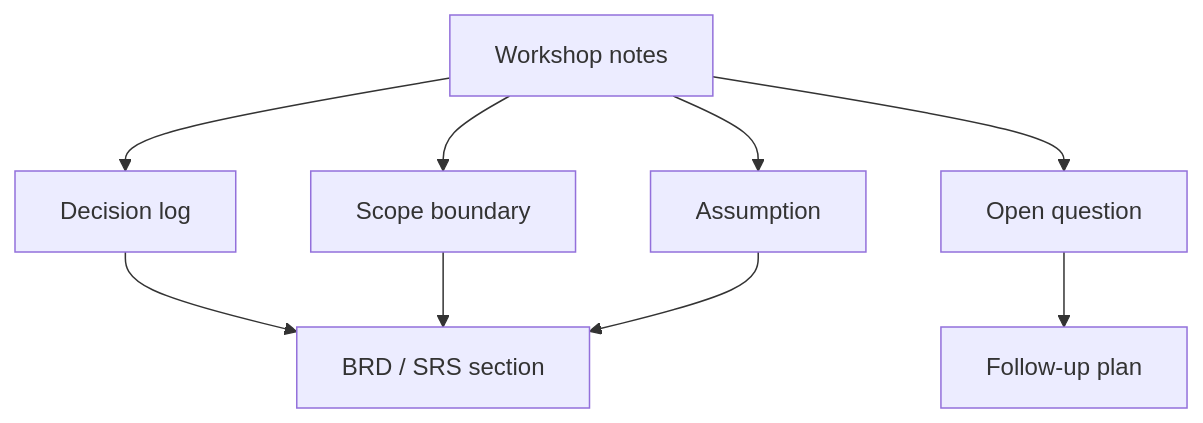
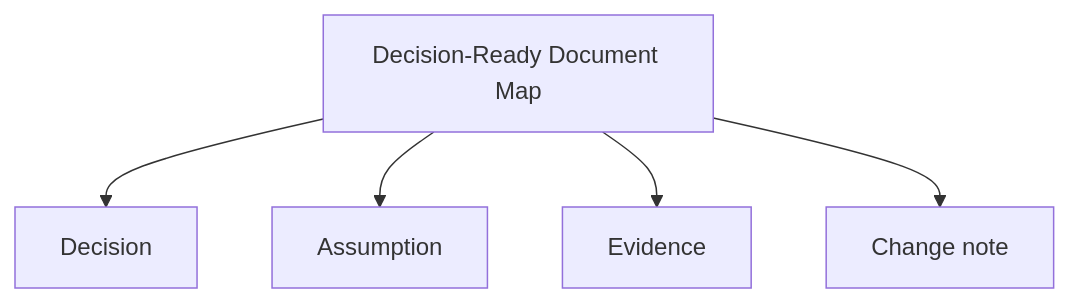
Before and after one commit to anhtnt90dev/ai-for-ba: the second of 2 diagrams in docs/vi/lessons/brd-srs-and-decision-artifacts/index.md, drawn with Mermaid. The commit also changed other lines of this file and 40 other files, not shown here.

````diff
--- a/docs/vi/lessons/brd-srs-and-decision-artifacts/index.md
+++ b/docs/vi/lessons/brd-srs-and-decision-artifacts/index.md
@@ -68,11 +173,8 @@
 ```mermaid
 flowchart TD
-    A["Workshop notes"] --> B["Decision log"]
-    A --> C["Scope boundary"]
-    A --> D["Assumption"]
-    A --> E["Open question"]
-    B --> F["BRD / SRS section"]
-    C --> F
-    D --> F
-    E --> G["Follow-up plan"]
+    A["Decision-Ready Document Map"]
+    A --> B["Decision"]
+    A --> C["Assumption"]
+    A --> D["Evidence"]
+    A --> E["Change note"]
 ```
````
